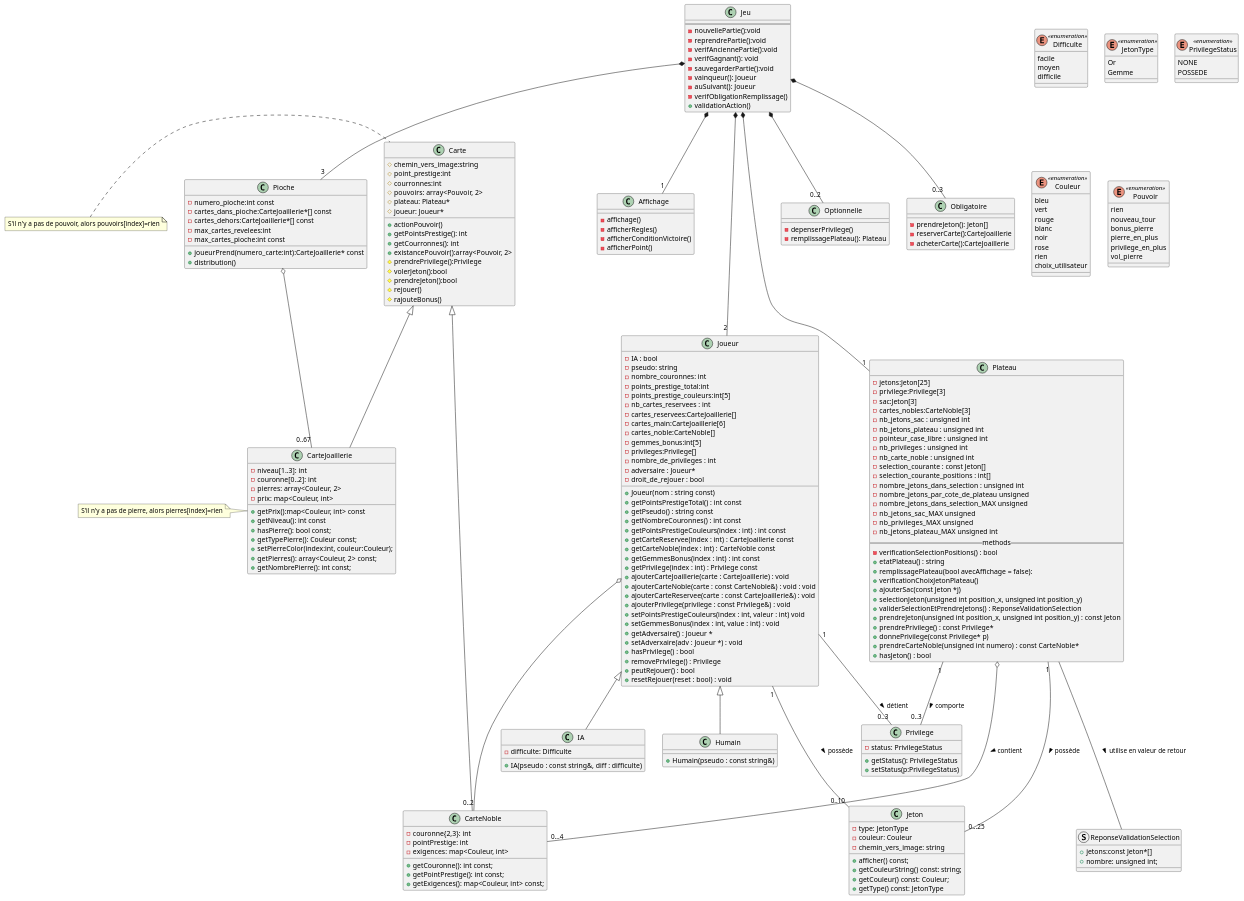
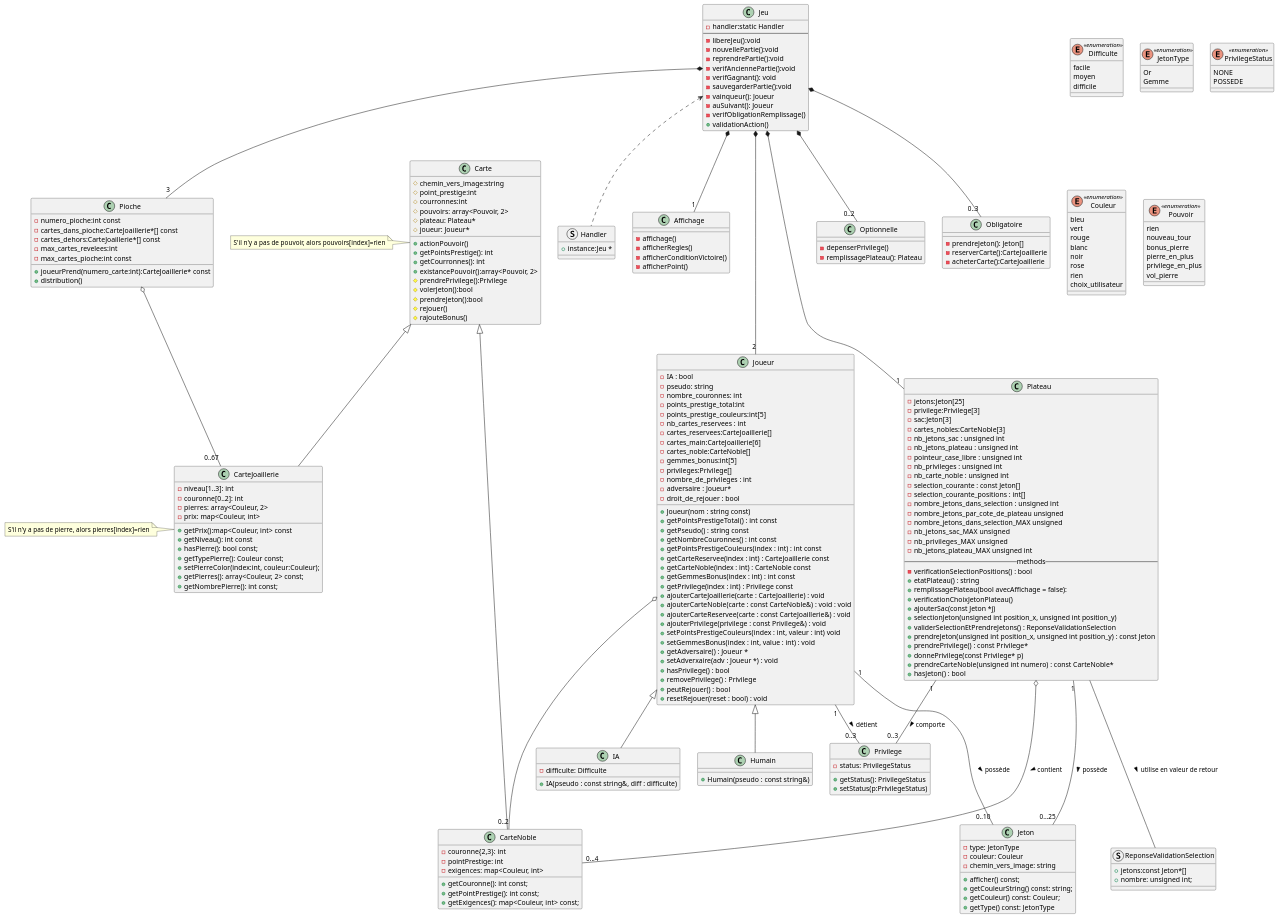
One commit to LaylaLunae/Splendor-duel changed the diagram in SplendorUML.puml. Above: the diagram before and after it, drawn with PlantUML.

```diff
--- a/SplendorUML.puml
+++ b/SplendorUML.puml
@@ -1,7 +1,9 @@
 @startuml
 
 class Jeu {
+    - handler:static Handler
 --
+- libereJeu():void
 - nouvellePartie():void
 - reprendrePartie():void
 - verifAnciennePartie():void
@@ -11,6 +13,10 @@
 - auSuivant(): Joueur
 - verifObligationRemplissage()
 + validationAction()
+}
+
+struct Handler {
+    + instance:Jeu *
 }
 
 class Affichage{
@@ -53,6 +59,7 @@
 + prendreCarteNoble(unsigned int numero) : const CarteNoble*
 + hasJeton() : bool
 }
+
 struct ReponseValidationSelection {
     + jetons:const Jeton*[]
     + nombre: unsigned int;
@@ -228,6 +235,8 @@
 Joueur <|-- IA
 Joueur <|-- Humain
 
+Jeu <.. Handler
+
 Jeu *--- "1" Plateau
 Jeu *-- "2" Joueur
 Jeu *-- "3" Pioche
```
